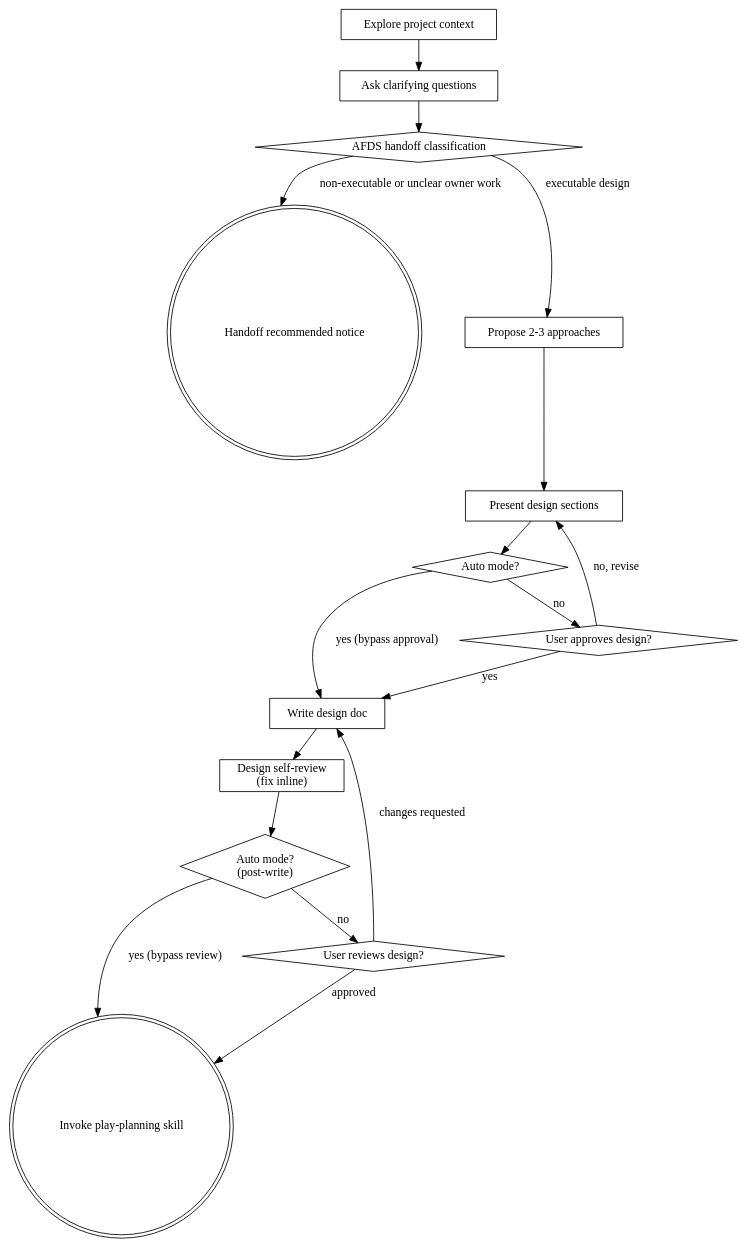
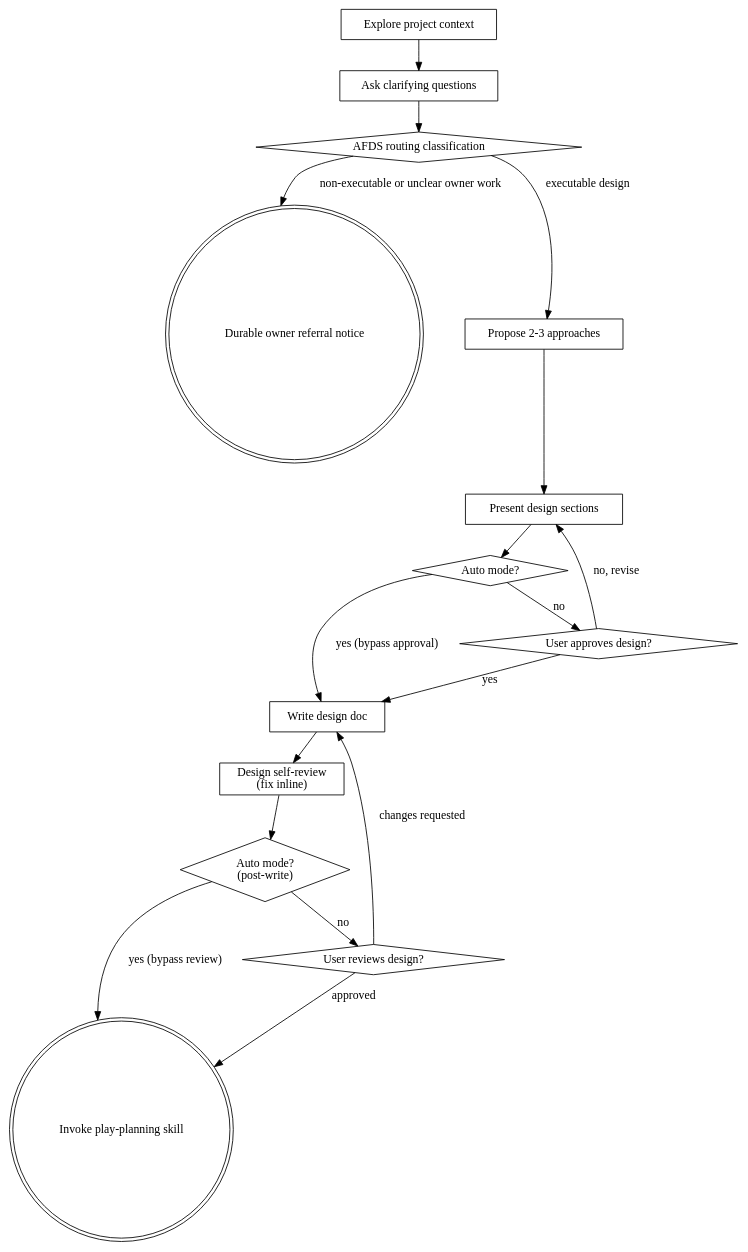
One commit to ryumiel/devcanon changed the diagram in skills/play-brainstorm/SKILL.md. Above: the diagram before and after it, drawn with Graphviz. The commit also changed other lines of this file and 3 other files, not shown here.

Commit message:
docs(skills): rename owner referral notice

````diff
--- a/skills/play-brainstorm/SKILL.md
+++ b/skills/play-brainstorm/SKILL.md
@@ -133,34 +133,34 @@
 ```dot
 digraph brainstorming {
     "Explore project context" [shape=box];
-    "AFDS handoff classification" [shape=diamond];
-    "Handoff recommended notice" [shape=doublecircle];
+    "AFDS routing classification" [shape=diamond];
+    "Durable owner referral notice" [shape=doublecircle];
     "Ask clarifying questions" [shape=box];
     "Propose 2-3 approaches" [shape=box];
     "Present design sections" [shape=box];
     "Auto mode?" [shape=diamond];
     "User approves design?" [shape=diamond];
     "Write design doc" [shape=box];
     "Design self-review\n(fix inline)" [shape=box];
     "Auto mode?\n(post-write)" [shape=diamond];
     "User reviews design?" [shape=diamond];
     "Invoke play-planning skill" [shape=doublecircle];
 
     "Explore project context" -> "Ask clarifying questions";
-    "Ask clarifying questions" -> "AFDS handoff classification";
-    "AFDS handoff classification" -> "Handoff recommended notice" [label="non-executable or unclear owner work"];
-    "AFDS handoff classification" -> "Propose 2-3 approaches" [label="executable design"];
+    "Ask clarifying questions" -> "AFDS routing classification";
+    "AFDS routing classification" -> "Durable owner referral notice" [label="non-executable or unclear owner work"];
+    "AFDS routing classification" -> "Propose 2-3 approaches" [label="executable design"];
     "Propose 2-3 approaches" -> "Present design sections";
     "Present design sections" -> "Auto mode?";
     "Auto mode?" -> "Write design doc" [label="yes (bypass approval)"];
     "Auto mode?" -> "User approves design?" [label="no"];
     "User approves design?" -> "Present design sections" [label="no, revise"];
     "User approves design?" -> "Write design doc" [label="yes"];
     "Write design doc" -> "Design self-review\n(fix inline)";
     "Design self-review\n(fix inline)" -> "Auto mode?\n(post-write)";
     "Auto mode?\n(post-write)" -> "Invoke play-planning skill" [label="yes (bypass review)"];
     "Auto mode?\n(post-write)" -> "User reviews design?" [label="no"];
     "User reviews design?" -> "Write design doc" [label="changes requested"];
     "User reviews design?" -> "Invoke play-planning skill" [label="approved"];
 }
 ```
````
